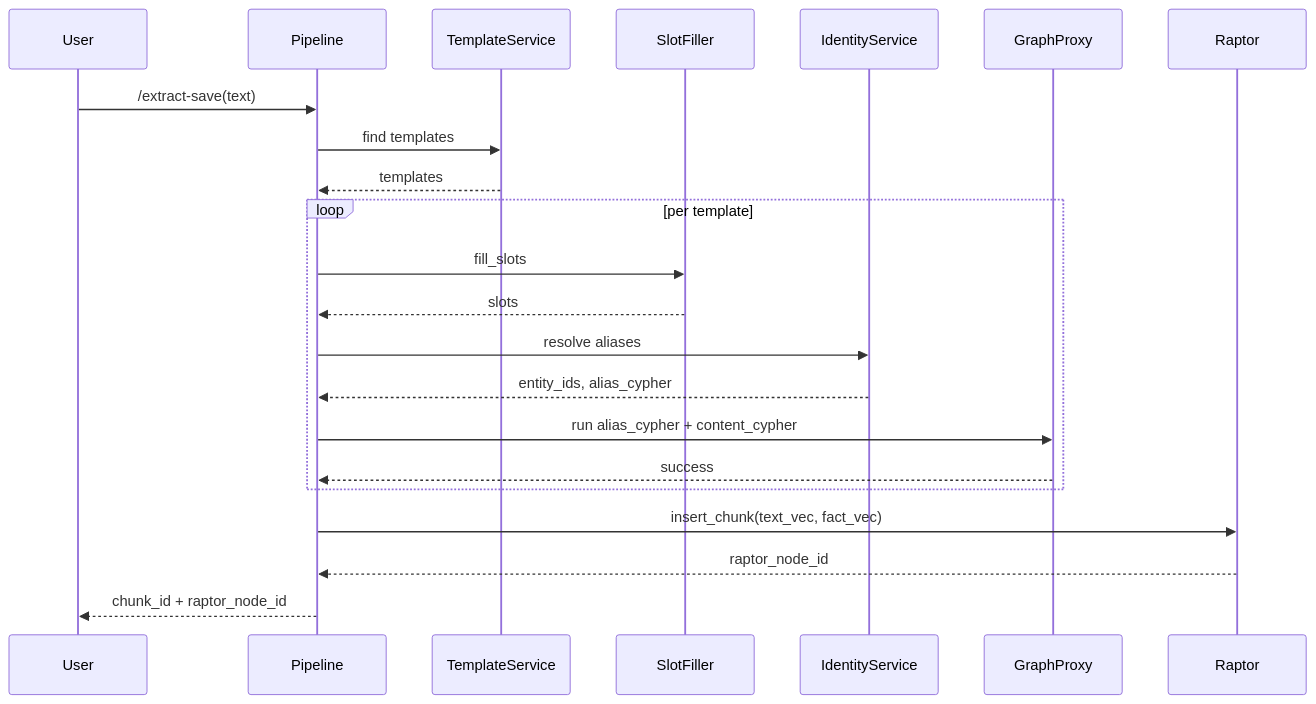
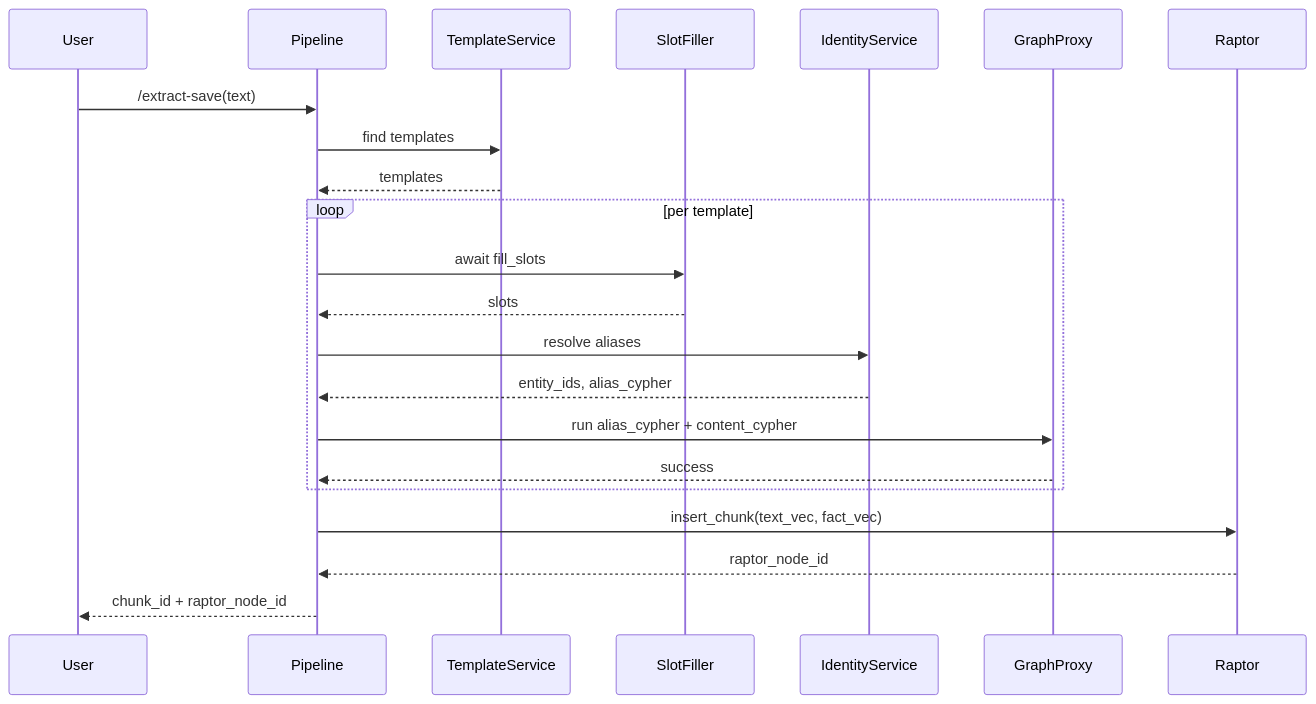
The diagram in docs/raptor_pipeline_architecture.md (angr1it/narrator), drawn with Mermaid before and after one commit. The commit also changed 14 other files, not shown here.

````diff
--- a/docs/raptor_pipeline_architecture.md
+++ b/docs/raptor_pipeline_architecture.md
@@ -20,25 +20,25 @@
 ```mermaid
 sequenceDiagram
     participant User
     participant Pipeline
     participant TemplateService
     participant SlotFiller
     participant IdentityService
     participant GraphProxy
     participant Raptor
 
     User->>Pipeline: /extract-save(text)
     Pipeline->>TemplateService: find templates
     TemplateService-->>Pipeline: templates
     loop per template
-        Pipeline->>SlotFiller: fill_slots
+        Pipeline->>SlotFiller: await fill_slots
         SlotFiller-->>Pipeline: slots
         Pipeline->>IdentityService: resolve aliases
         IdentityService-->>Pipeline: entity_ids, alias_cypher
         Pipeline->>GraphProxy: run alias_cypher + content_cypher
         GraphProxy-->>Pipeline: success
     end
     Pipeline->>Raptor: insert_chunk(text_vec, fact_vec)
     Raptor-->>Pipeline: raptor_node_id
     Pipeline-->>User: chunk_id + raptor_node_id
 ```
````
